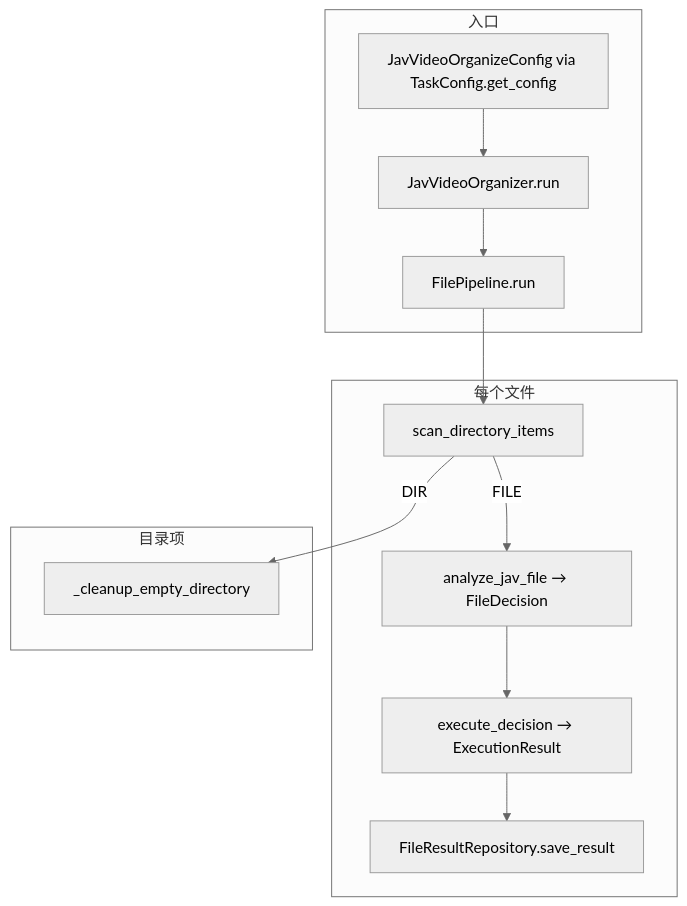
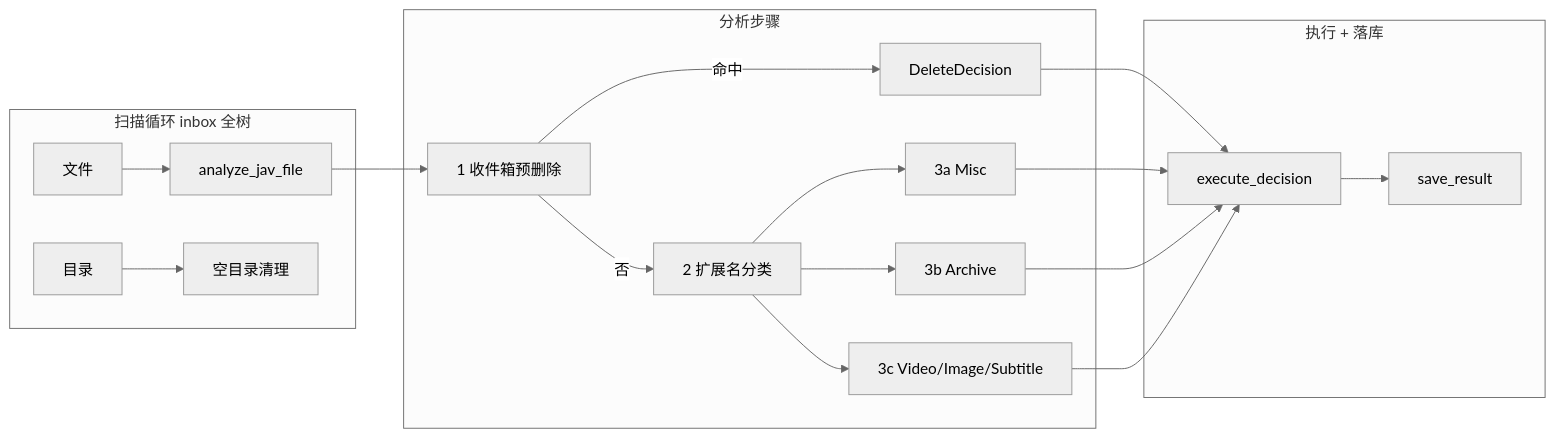
Before and after one commit to watchzerg/j-file-kit: the diagram in docs/JAV_VIDEO_PROCESSING_PIPELINE.md, drawn with Mermaid (neutral theme). The commit also changed other lines of this file, not shown here.

First line of the commit message:
feat: 更新 JAV 媒体整理管线文档以反映新结构与逻辑

````diff
--- a/docs/JAV_VIDEO_PROCESSING_PIPELINE.md
+++ b/docs/JAV_VIDEO_PROCESSING_PIPELINE.md
@@ -26,21 +15,22 @@
 ```mermaid
-flowchart TB
-  subgraph entry [入口]
-    CFG[JavVideoOrganizeConfig via TaskConfig.get_config]
-    JVO[JavVideoOrganizer.run]
-    PL[FilePipeline.run]
+flowchart LR
+  subgraph scan [扫描循环 inbox 全树]
+    F[文件] --> ANA[analyze_jav_file]
+    D[目录] --> CLN[空目录清理]
   end
-  subgraph per_file [每个文件]
-    SC[scan_directory_items]
-    AF[analyze_jav_file → FileDecision]
-    EX[execute_decision → ExecutionResult]
-    DB[FileResultRepository.save_result]
+  subgraph ana [分析步骤]
+    S1[1 收件箱预删除] -->|命中| DD[DeleteDecision]
+    S1 -->|否| S2[2 扩展名分类]
+    S2 --> S3M[3a Misc]
+    S2 --> S3A[3b Archive]
+    S2 --> S3V[3c Video/Image/Subtitle]
   end
-  subgraph post_dir [目录项]
-    CL[_cleanup_empty_directory]
+  subgraph exec [执行 + 落库]
+    EX[execute_decision] --> DB[save_result]
   end
-  CFG --> JVO --> PL
-  PL --> SC
-  SC -->|FILE| AF --> EX --> DB
-  SC -->|DIR| CL
+  ANA --> S1
+  DD --> EX
+  S3M --> EX
+  S3A --> EX
+  S3V --> EX
 ```
````
